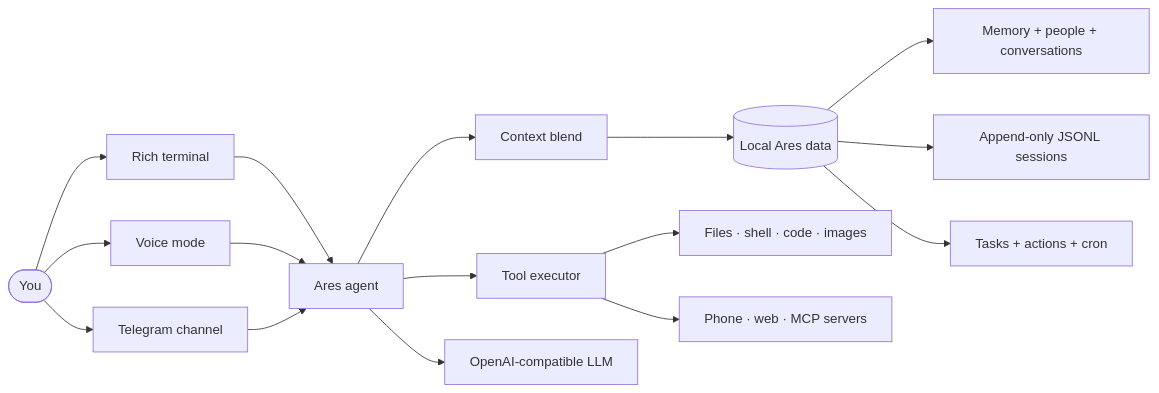
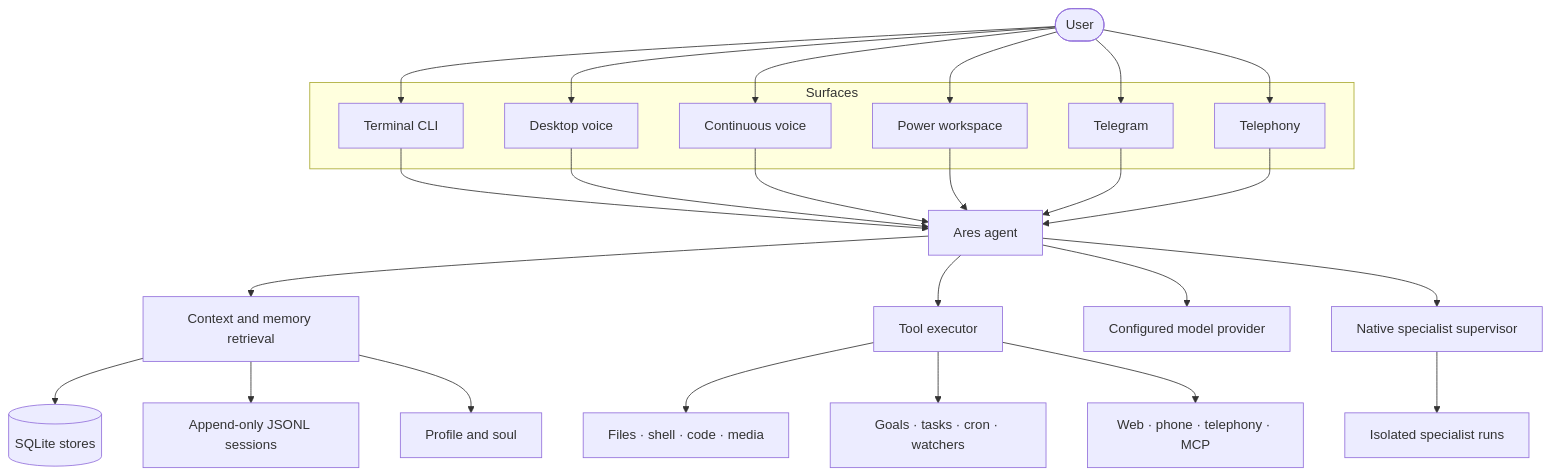
The diagram in README.md (akyourowngames/friday), drawn with Mermaid before and after one commit. The commit also changed other lines of this file and 6 other files, not shown here.

````diff
--- a/README.md
+++ b/README.md
@@ -251,22 +361,41 @@
 ```mermaid
-flowchart LR
-    User([You]) --> CLI[Rich terminal]
-    User --> Voice[Voice mode]
-    User --> Telegram[Telegram channel]
+flowchart TB
+    User([User])
+
+    subgraph Surfaces
+        CLI[Terminal CLI]
+        Desktop[Desktop voice]
+        Voice[Continuous voice]
+        Workspace[Power workspace]
+        Telegram[Telegram]
+        Telephony[Telephony]
+    end
+
+    User --> CLI
+    User --> Desktop
+    User --> Voice
+    User --> Workspace
+    User --> Telegram
+    User --> Telephony
 
     CLI --> Agent[Ares agent]
+    Desktop --> Agent
     Voice --> Agent
+    Workspace --> Agent
     Telegram --> Agent
+    Telephony --> Agent
 
-    Agent --> Context[Context blend]
+    Agent --> Context[Context and memory retrieval]
     Agent --> Tools[Tool executor]
-    Agent --> LLM[OpenAI-compatible LLM]
+    Agent --> Models[Configured model provider]
+    Agent --> Supervisor[Native specialist supervisor]
 
-    Context --> Data[(Local Ares data)]
-    Data --> Facts[Memory + people + conversations]
-    Data --> Sessions[Append-only JSONL sessions]
-    Data --> Tasks[Tasks + actions + cron]
+    Context --> SQLite[(SQLite stores)]
+    Context --> Sessions[Append-only JSONL sessions]
+    Context --> Personal[Profile and soul]
 
-    Tools --> Local[Files · shell · code · images]
-    Tools --> Bridges[Phone · web · MCP servers]
+    Tools --> Local[Files · shell · code · media]
+    Tools --> Automation[Goals · tasks · cron · watchers]
+    Tools --> Bridges[Web · phone · telephony · MCP]
+    Supervisor --> Specialists[Isolated specialist runs]
 ```
````
